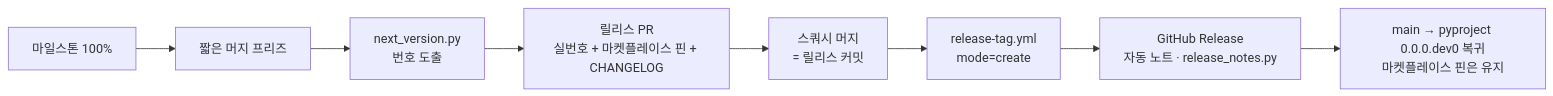
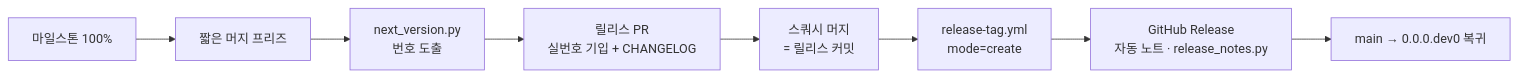
Before and after one commit to pmmm114/okf-wiki-plugin: the diagram in docs/releasing.md, drawn with Mermaid. The commit also changed other lines of this file and 6 other files, not shown here.

````diff
--- a/docs/releasing.md
+++ b/docs/releasing.md
@@ -120,10 +111,10 @@
 ```mermaid
 flowchart LR
   M[마일스톤 100%] --> F[짧은 머지 프리즈]
   F --> V[next_version.py<br/>번호 도출]
-  V --> R[릴리스 PR<br/>실번호 + 마켓플레이스 핀 + CHANGELOG]
+  V --> R[릴리스 PR<br/>실번호 기입 + CHANGELOG]
   R --> S[스쿼시 머지<br/>= 릴리스 커밋]
   S --> T[release-tag.yml<br/>mode=create]
   T --> G[GitHub Release<br/>자동 노트 · release_notes.py]
-  G --> N[main → pyproject 0.0.0.dev0 복귀<br/>마켓플레이스 핀은 유지]
+  G --> N[main → 0.0.0.dev0 복귀]
 ```
````
